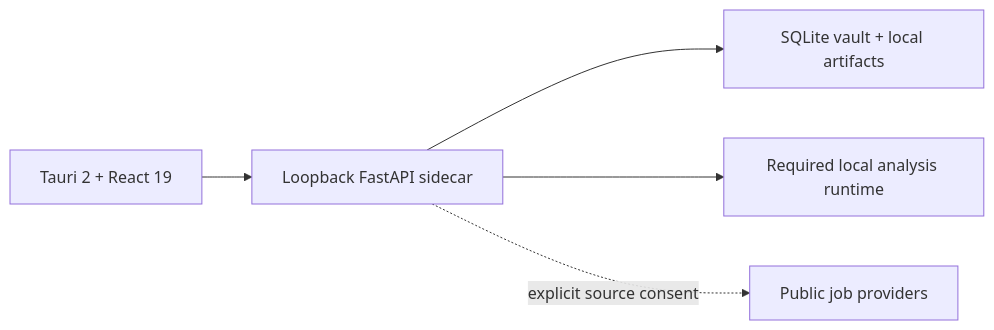
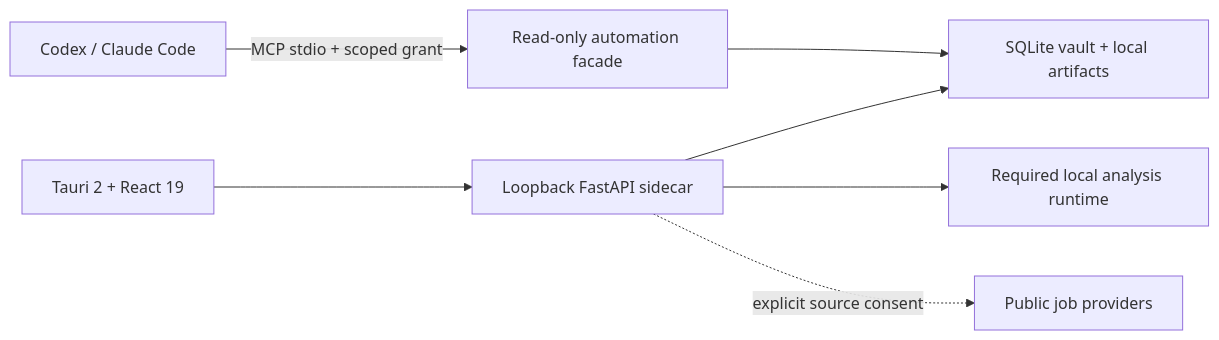
The diagram in README.md (ejupi-djenis30/careeros-local), drawn with Mermaid before and after one commit. The commit also changed other lines of this file and 48 other files, not shown here.

First line of the commit message:
Add scoped CLI and MCP access for CareerOS 1.7 (#49)

````diff
--- a/README.md
+++ b/README.md
@@ -91,7 +97,9 @@
 ```mermaid
 flowchart LR
     UI["Tauri 2 + React 19"] --> API["Loopback FastAPI sidecar"]
     API --> Vault["SQLite vault + local artifacts"]
     API --> AI["Required local analysis runtime"]
     API -. "explicit source consent" .-> Jobs["Public job providers"]
+    Agent["Codex / Claude Code"] -->|"MCP stdio + scoped grant"| Automation["Read-only automation facade"]
+    Automation --> Vault
 ```
````
